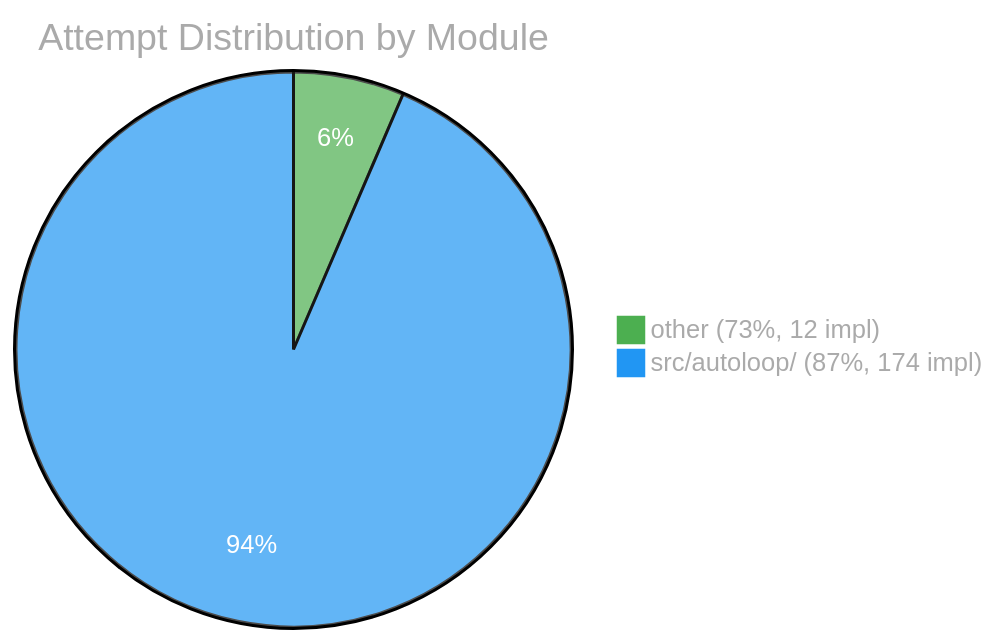
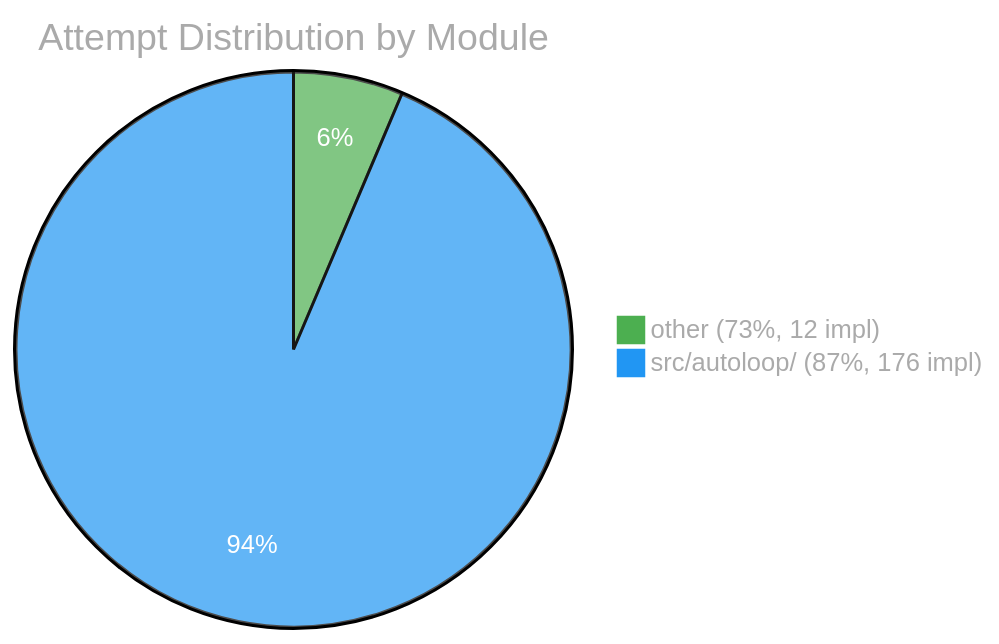
One commit to Sanctum-Origo-Systems/autoloop changed the third of 3 diagrams in EVAL.md. Above: the diagram before and after it, drawn with Mermaid. The commit also changed other lines of this file and 1 other file, not shown here.

````diff
--- a/EVAL.md
+++ b/EVAL.md
@@ -102,6 +106,6 @@
 ```mermaid
 %%{init: {'theme': 'base', 'themeVariables': {'pie1': '#4CAF50', 'pie2': '#2196F3', 'pie3': '#FF9800', 'pie4': '#E91E63', 'pie5': '#9C27B0', 'pie6': '#00BCD4', 'pieTitleTextColor': '#aaa', 'pieLegendTextColor': '#aaa', 'pieSectionTextColor': '#fff'}}}%%
 pie title Attempt Distribution by Module
     "other (73%, 12 impl)" : 12
-    "src/autoloop/ (87%, 174 impl)" : 174
+    "src/autoloop/ (87%, 176 impl)" : 176
 ```
````
